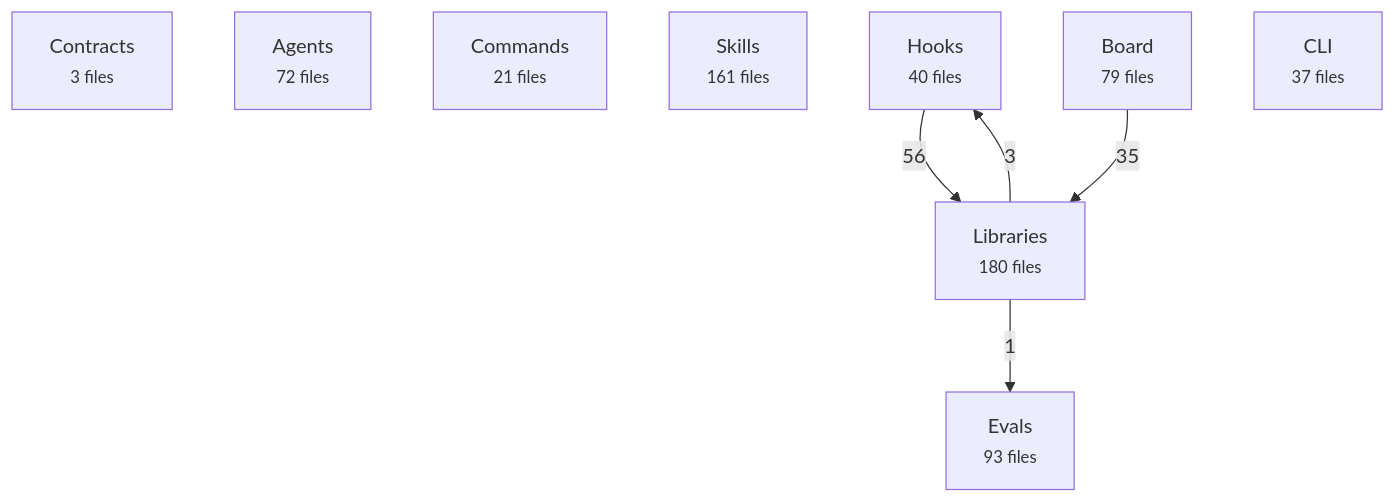
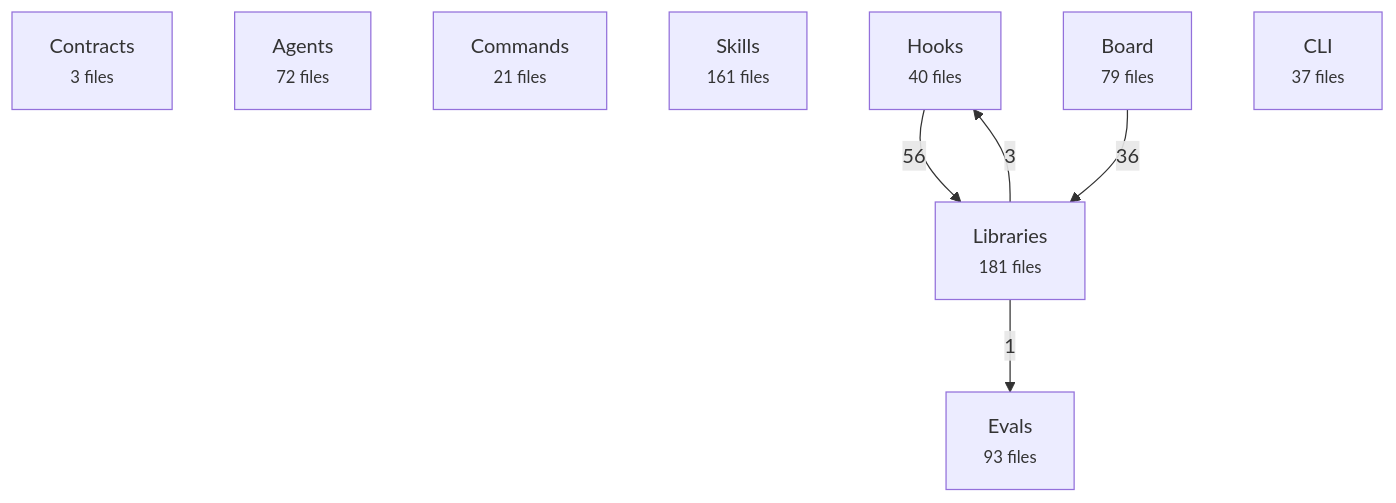
The first of 2 diagrams in docs/reference/architecture-map.md (avelikiy/great_cto), drawn with Mermaid before and after one commit. The commit also changed other lines of this file and 9 other files, not shown here.

````diff
--- a/docs/reference/architecture-map.md
+++ b/docs/reference/architecture-map.md
@@ -20,16 +20,16 @@
 ```mermaid
 flowchart TD
   contracts["Contracts<br/><small>3 files</small>"]
   agents["Agents<br/><small>72 files</small>"]
   commands["Commands<br/><small>21 files</small>"]
   skills["Skills<br/><small>161 files</small>"]
   hooks["Hooks<br/><small>40 files</small>"]
-  libs["Libraries<br/><small>180 files</small>"]
+  libs["Libraries<br/><small>181 files</small>"]
   board["Board<br/><small>79 files</small>"]
   cli["CLI<br/><small>37 files</small>"]
   evals["Evals<br/><small>93 files</small>"]
   hooks -->|56| libs
-  board -->|35| libs
+  board -->|36| libs
   libs -->|3| hooks
   libs -->|1| evals
 ```
````
